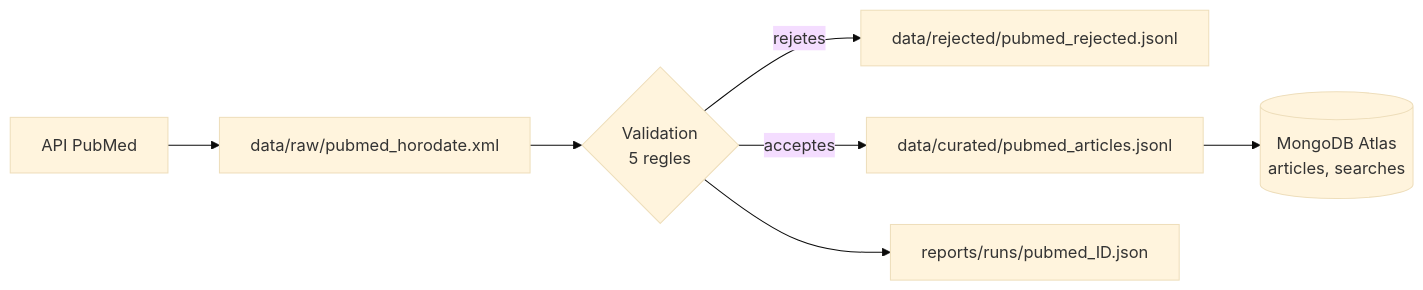
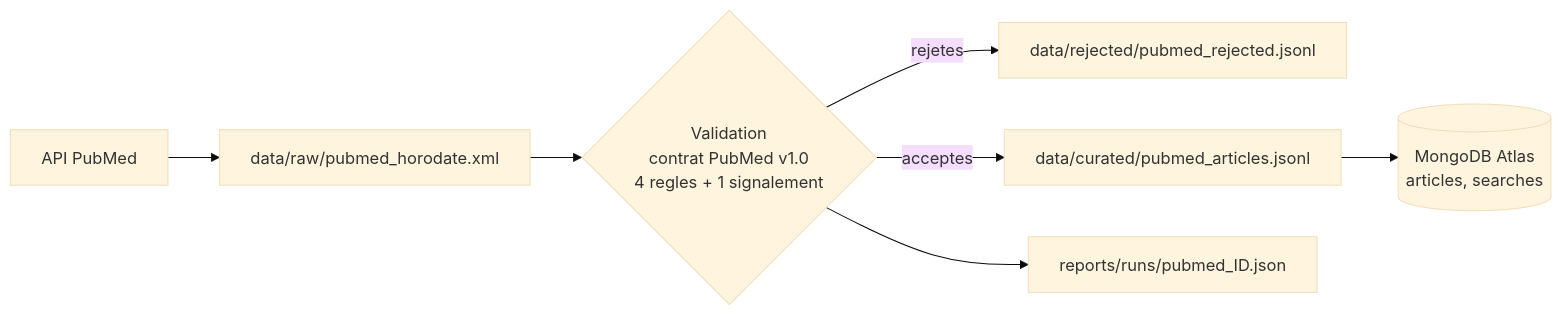
The second of 3 diagrams in docs/lineage.md (WiemBenMsahel/personal-data-collector), drawn with Mermaid (base theme) before and after one commit. The commit also changed other lines of this file and 1 other file, not shown here.

Commit message:
Docs : lignage Parquet et DAG, incidents PubMed, DAG et fraicheur

````diff
--- a/docs/lineage.md
+++ b/docs/lineage.md
@@ -20,9 +21,9 @@
 ```mermaid
 flowchart LR
     A[API PubMed] --> X[data/raw/pubmed_horodate.xml]
-    X --> W{Validation<br/>5 regles}
+    X --> W{Validation<br/>contrat PubMed v1.0<br/>4 regles + 1 signalement}
     W -->|rejetes| Y[data/rejected/pubmed_rejected.jsonl]
     W -->|acceptes| Z[data/curated/pubmed_articles.jsonl]
     Z --> D[(MongoDB Atlas<br/>articles, searches)]
     W --> Q[reports/runs/pubmed_ID.json]
 ```
````
